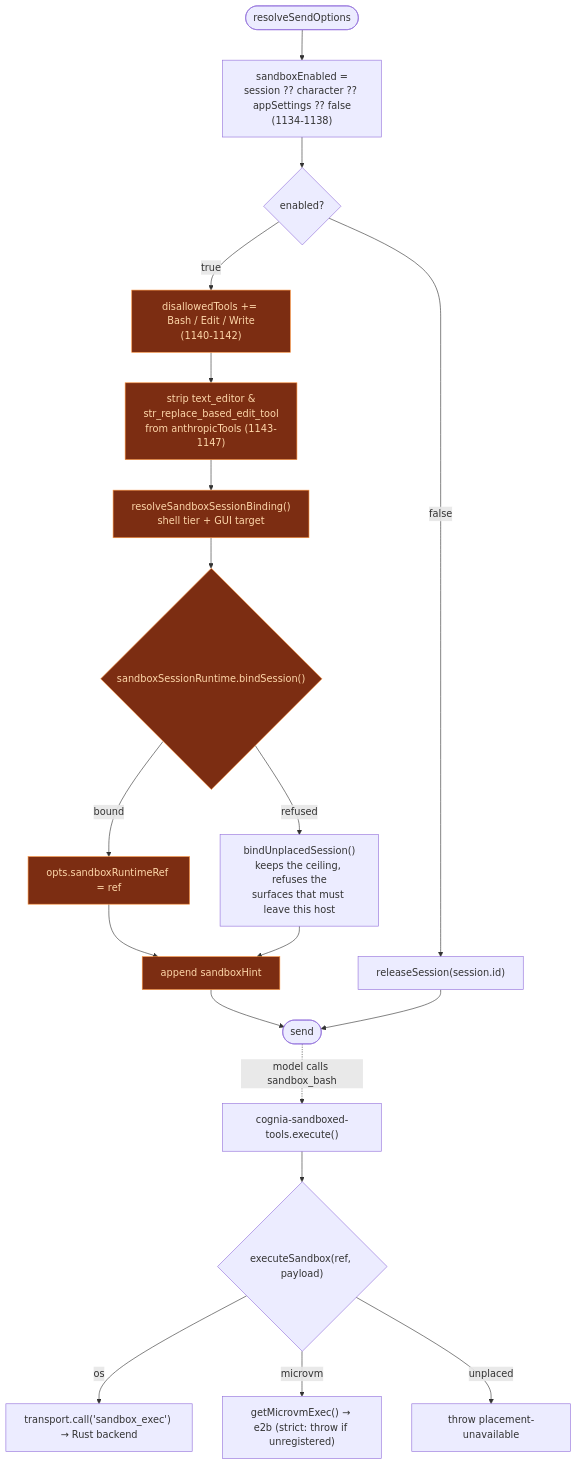
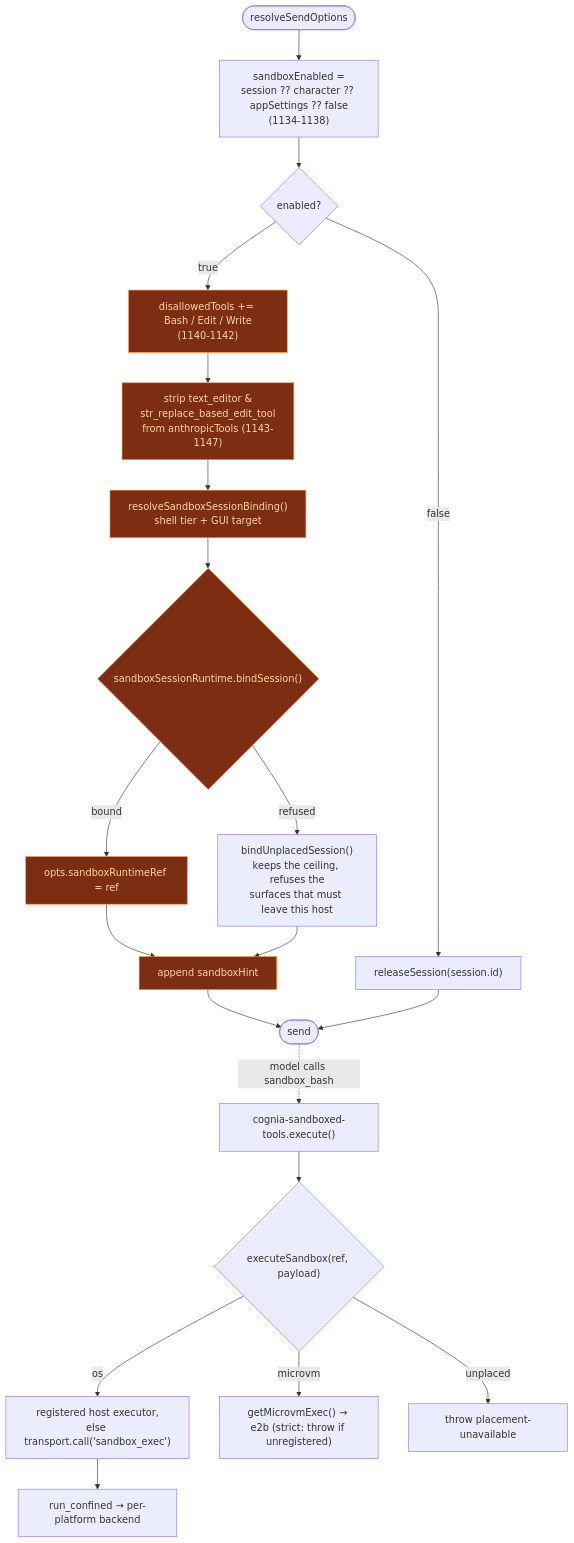
One commit to MaxQian888/cognia-next changed the diagram in docs/content/docs/en/subsystems/sandbox/execution-overview.mdx. Above: the diagram before and after it, drawn with Mermaid. The commit also changed other lines of this file and 6 other files, not shown here.

````diff
--- a/docs/content/docs/en/subsystems/sandbox/execution-overview.mdx
+++ b/docs/content/docs/en/subsystems/sandbox/execution-overview.mdx
@@ -158,27 +158,28 @@
 ```mermaid
 flowchart TD
   Start([resolveSendOptions]) --> Resolve["sandboxEnabled =<br/>session ?? character ?? appSettings ?? false<br/>(1134-1138)"]
   Resolve --> Gate{enabled?}
 
   Gate -->|true| Deny["disallowedTools += Bash / Edit / Write<br/>(1140-1142)"]
   Deny --> Filter["strip text_editor &<br/>str_replace_based_edit_tool<br/>from anthropicTools (1143-1147)"]
   Filter --> Tier["resolveSandboxSessionBinding()<br/>shell tier + GUI target"]
   Tier --> Bind{"sandboxSessionRuntime.bindSession()"}
   Bind -->|bound| Stamp["opts.sandboxRuntimeRef = ref"]
   Bind -->|refused| Unplaced["bindUnplacedSession()<br/>keeps the ceiling, refuses the<br/>surfaces that must leave this host"]
   Stamp --> Hint["append sandboxHint"]
   Unplaced --> Hint
   Hint --> Done([send])
 
   Gate -->|false| Reset["releaseSession(session.id)"]
   Reset --> Done
 
   Done -.->|"model calls sandbox_bash"| Plugin["cognia-sandboxed-tools.execute()"]
   Plugin --> Router{"executeSandbox(ref, payload)"}
-  Router -->|os| OSExec["transport.call('sandbox_exec') → Rust backend"]
+  Router -->|os| OSExec["registered host executor,<br/>else transport.call('sandbox_exec')"]
+  OSExec --> Confined["run_confined → per-platform backend"]
   Router -->|microvm| MV["getMicrovmExec() → e2b (strict: throw if unregistered)"]
   Router -->|unplaced| Refuse["throw placement-unavailable"]
 
   classDef on fill:#7c2d12,stroke:#fb923c,color:#fed7aa
   class Deny,Filter,Tier,Bind,Stamp,Hint on
 ```
````
